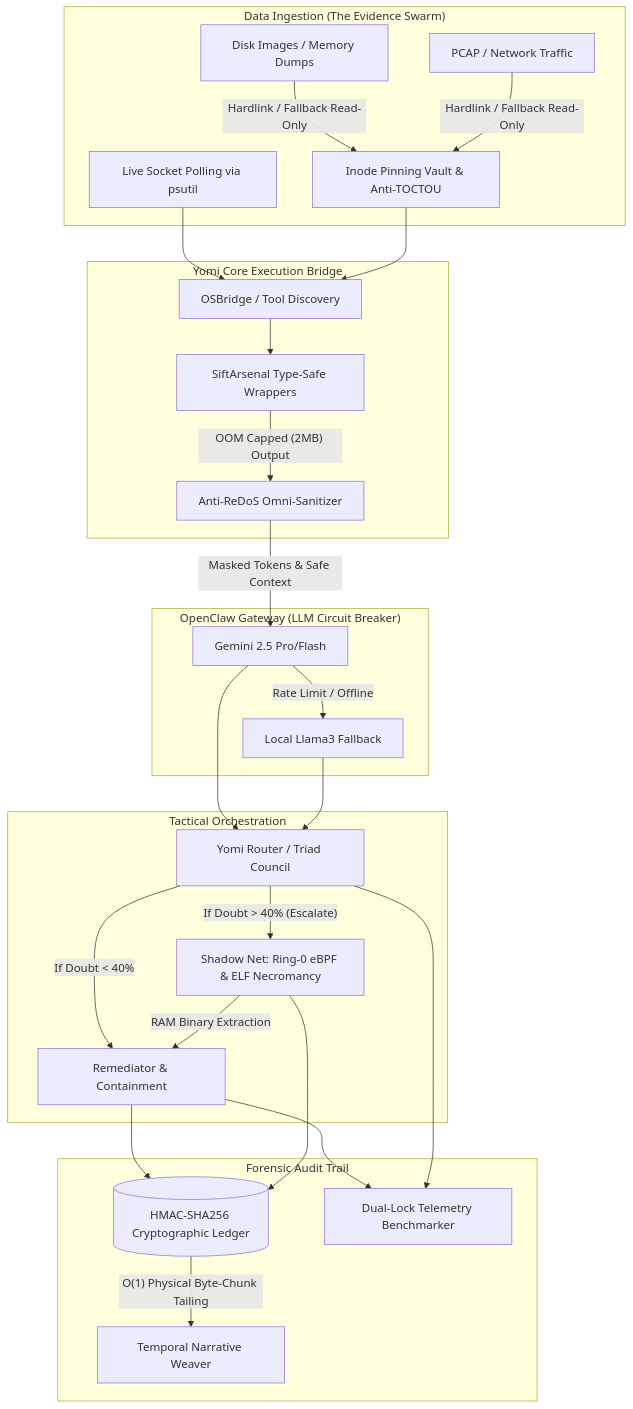
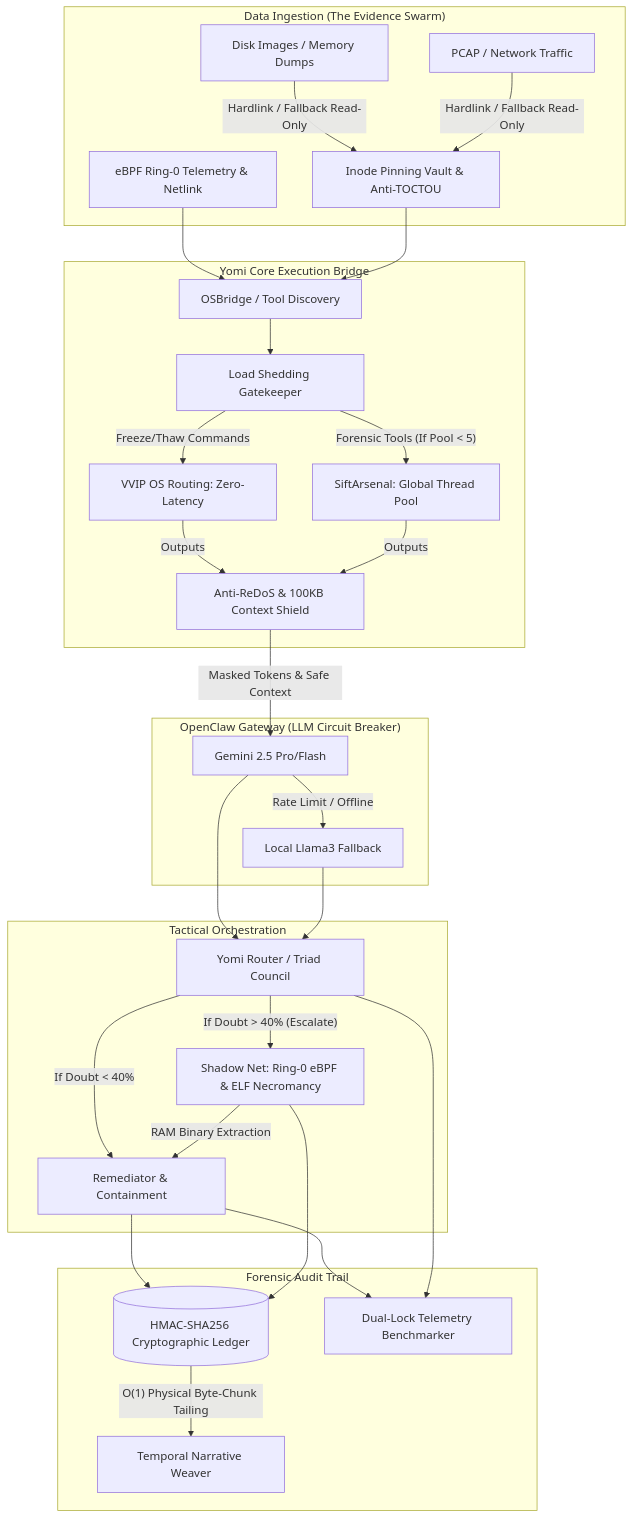
One commit to ArcVielLouvent/yomi-triage-system changed the first of 4 diagrams in README.md. Above: the diagram before and after it, drawn with Mermaid. The commit also changed other lines of this file, not shown here.

````diff
--- a/README.md
+++ b/README.md
@@ -82,53 +97,56 @@
 ```mermaid
 graph TD;
     %% Artifact Sources & Evidence Swarm
     subgraph "Data Ingestion (The Evidence Swarm)"
-        A1[Live Socket Polling via psutil]
+        A1[eBPF Ring-0 Telemetry & Netlink]
         A2[Disk Images / Memory Dumps]
         A3[PCAP / Network Traffic]
         V[Inode Pinning Vault & Anti-TOCTOU]
         A2 & A3 -- "Hardlink / Fallback Read-Only" --> V
     end
 
     %% Yomi Hardware Abstraction
     subgraph "Yomi Core Execution Bridge"
         B[OSBridge / Tool Discovery]
-        C[SiftArsenal Type-Safe Wrappers]
-        S[Anti-ReDoS Omni-Sanitizer]
+        LS[Load Shedding Gatekeeper]
+        VVIP[VVIP OS Routing: Zero-Latency]
+        C[SiftArsenal: Global Thread Pool]
+        S[Anti-ReDoS & 100KB Context Shield]
     end
 
     %% AI Brain
     subgraph "OpenClaw Gateway (LLM Circuit Breaker)"
         E1[Gemini 2.5 Pro/Flash]
         E2[Local Llama3 Fallback]
     end
 
     %% Triage & Action
     subgraph "Tactical Orchestration"
         F[Yomi Router / Triad Council]
         G[Shadow Net: Ring-0 eBPF & ELF Necromancy]
         I[Remediator & Containment]
     end
 
     %% Audit & Reporting
     subgraph "Forensic Audit Trail"
         H[(HMAC-SHA256 Cryptographic Ledger)]
         W[Temporal Narrative Weaver]
         T[Dual-Lock Telemetry Benchmarker]
     end
 
     %% Data Flow
     A1 & V --> B
-    B --> C
-    C -- "OOM Capped (2MB) Output" --> S
+    B --> LS
+    LS -- "Freeze/Thaw Commands" --> VVIP
+    LS -- "Forensic Tools (If Pool < 5)" --> C
+    VVIP & C -- "Outputs" --> S
     S -- "Masked Tokens & Safe Context" --> E1
     E1 -- "Rate Limit / Offline" --> E2
     E1 & E2 --> F
     F -- "If Doubt < 40%" --> I
     F -- "If Doubt > 40% (Escalate)" --> G
     G -- "RAM Binary Extraction" --> I
     I & F --> T
     I & G --> H
     H -- "O(1) Physical Byte-Chunk Tailing" --> W
-
 ```
````
